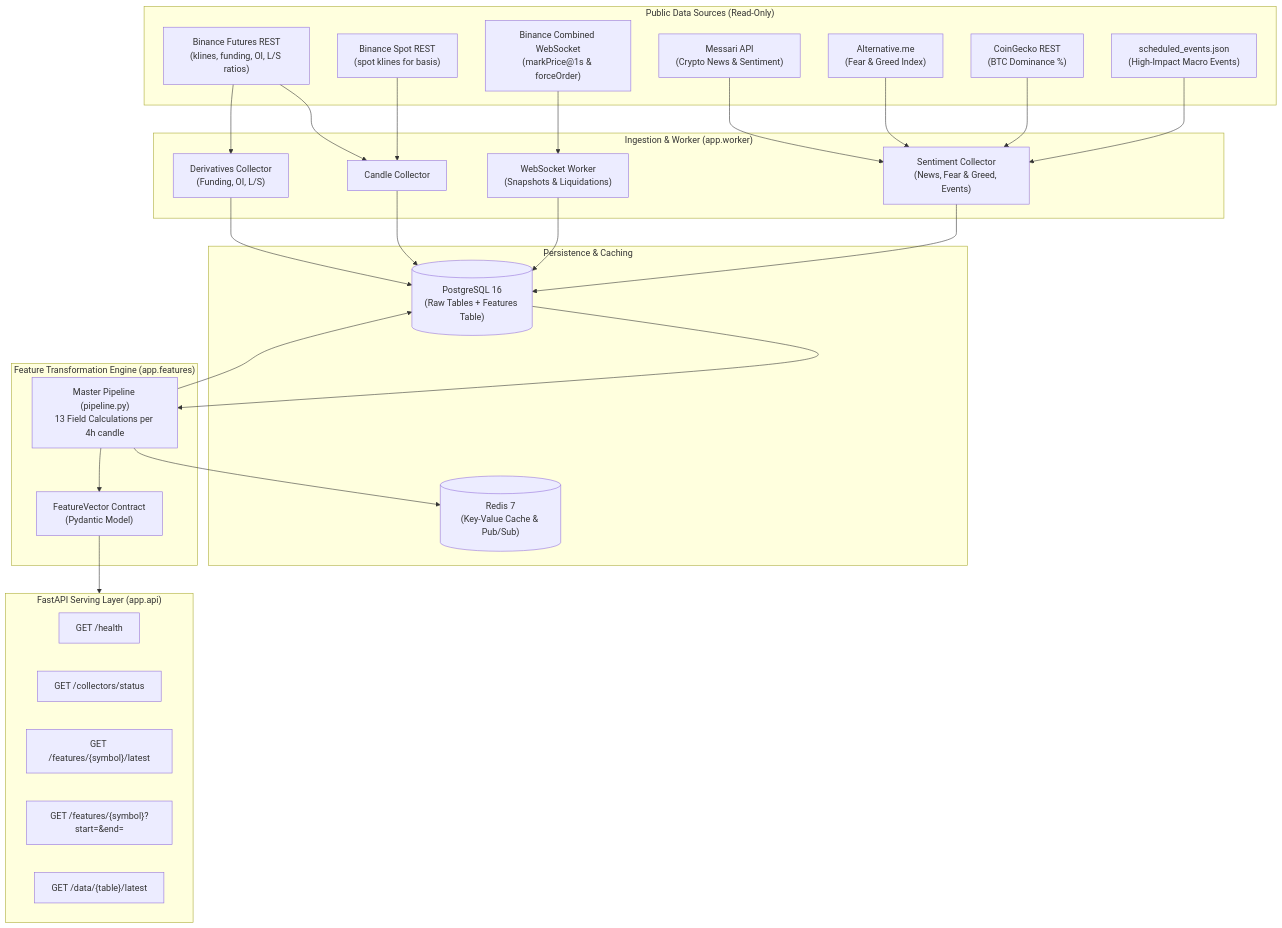
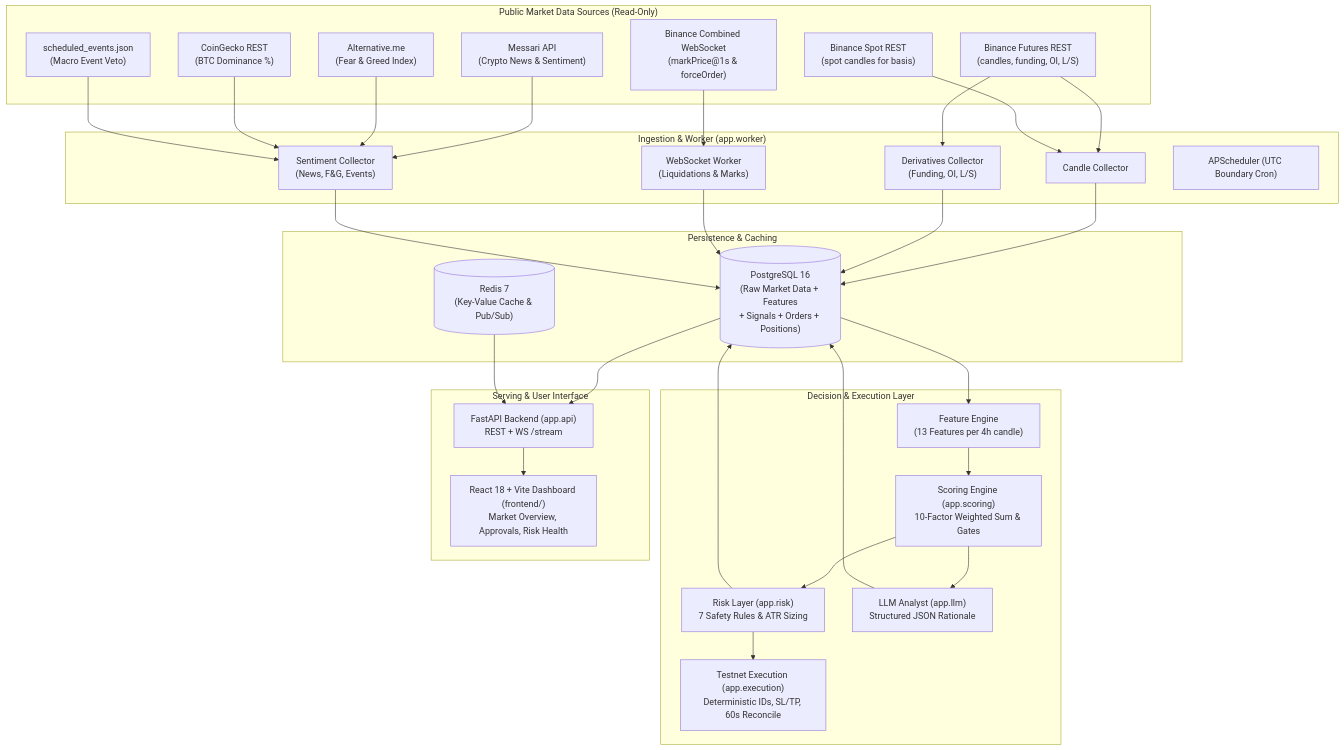
Before and after one commit to ashshiv123/TradeSphere-Pro: the diagram in README.md, drawn with Mermaid. The commit also changed other lines of this file and 3215 other files, not shown here.

Commit message:
Complete Stages 12-19: scoring engine, risk layer, backtester, LLM explanation, React dashboard, and testnet execution engine

````diff
--- a/README.md
+++ b/README.md
@@ -9,57 +9,64 @@
 ```mermaid
 flowchart TD
-    subgraph DataSources["Public Data Sources (Read-Only)"]
-        BF_REST["Binance Futures REST\n(klines, funding, OI, L/S ratios)"]
-        BS_REST["Binance Spot REST\n(spot klines for basis)"]
+    subgraph DataSources["Public Market Data Sources (Read-Only)"]
+        BF_REST["Binance Futures REST\n(candles, funding, OI, L/S)"]
+        BS_REST["Binance Spot REST\n(spot candles for basis)"]
         BF_WS["Binance Combined WebSocket\n(markPrice@1s & forceOrder)"]
         MES["Messari API\n(Crypto News & Sentiment)"]
         FG["Alternative.me\n(Fear & Greed Index)"]
         CG["CoinGecko REST\n(BTC Dominance %)"]
-        EV["scheduled_events.json\n(High-Impact Macro Events)"]
+        EV["scheduled_events.json\n(Macro Event Veto)"]
     end
 
     subgraph Pipeline["Ingestion & Worker (app.worker)"]
         COL_C["Candle Collector"]
         COL_D["Derivatives Collector\n(Funding, OI, L/S)"]
-        COL_W["WebSocket Worker\n(Snapshots & Liquidations)"]
-        COL_S["Sentiment Collector\n(News, Fear & Greed, Events)"]
+        COL_W["WebSocket Worker\n(Liquidations & Marks)"]
+        COL_S["Sentiment Collector\n(News, F&G, Events)"]
+        SCHED["APScheduler (UTC Boundary Cron)"]
     end
 
     subgraph Storage["Persistence & Caching"]
-        PG[("PostgreSQL 16\n(Raw Tables + Features Table)")]
+        PG[("PostgreSQL 16\n(Raw Market Data + Features\n+ Signals + Orders + Positions)")]
         RD[("Redis 7\n(Key-Value Cache & Pub/Sub)")]
     end
 
-    subgraph FeatureEngine["Feature Transformation Engine (app.features)"]
-        FE["Master Pipeline (pipeline.py)\n13 Field Calculations per 4h candle"]
-        FV["FeatureVector Contract\n(Pydantic Model)"]
+    subgraph DecisionLayer["Decision & Execution Layer"]
+        FE["Feature Engine\n(13 Features per 4h candle)"]
+        SC["Scoring Engine (app.scoring)\n10-Factor Weighted Sum & Gates"]
+        RK["Risk Layer (app.risk)\n7 Safety Rules & ATR Sizing"]
+        LLM["LLM Analyst (app.llm)\nStructured JSON Rationale"]
+        EX["Testnet Execution (app.execution)\nDeterministic IDs, SL/TP, 60s Reconcile"]
     end
 
-    subgraph API["FastAPI Serving Layer (app.api)"]
-        EP_H["GET /health"]
-        EP_C["GET /collectors/status"]
-        EP_F["GET /features/{symbol}/latest"]
-        EP_FH["GET /features/{symbol}?start=&end="]
-        EP_D["GET /data/{table}/latest"]
+    subgraph FrontendAPI["Serving & User Interface"]
+        API["FastAPI Backend (app.api)\nREST + WS /stream"]
+        UI["React 18 + Vite Dashboard (frontend/)\nMarket Overview, Approvals, Risk Health"]
     end
 
     BF_REST --> COL_C
     BF_REST --> COL_D
     BS_REST --> COL_C
     BF_WS --> COL_W
     MES --> COL_S
     FG --> COL_S
     CG --> COL_S
     EV --> COL_S
 
     COL_C --> PG
     COL_D --> PG
     COL_W --> PG
     COL_S --> PG
 
     PG --> FE
-    FE --> PG
-    FE --> RD
-    FE --> FV
-    FV --> API
+    FE --> SC
+    SC --> RK
+    RK --> PG
+    RK --> EX
+    SC --> LLM
+    LLM --> PG
+
+    PG --> API
+    RD --> API
+    API --> UI
 ```
````
